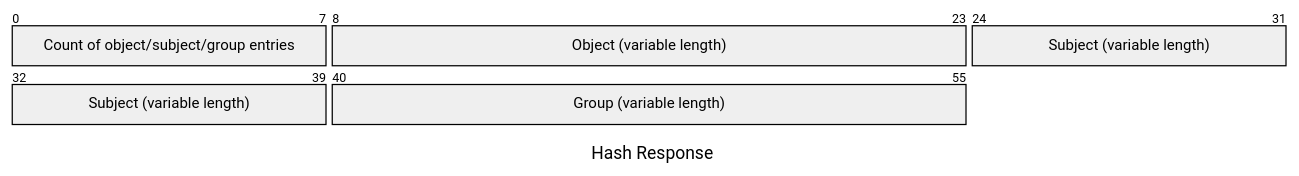
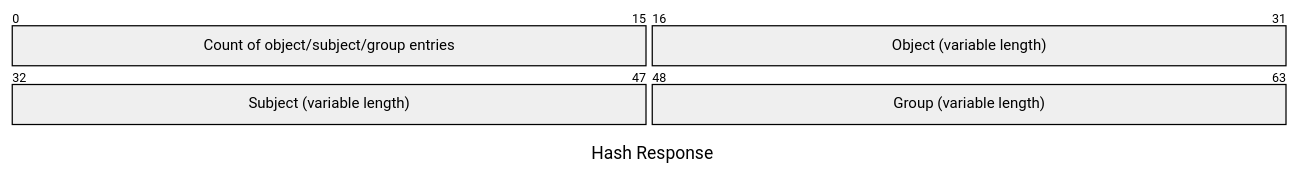
One commit to xmidt-org/hashy changed the third of 5 diagrams in README.md. Above: the diagram before and after it, drawn with Mermaid (neutral theme). The commit also changed other lines of this file, not shown here.

````diff
--- a/README.md
+++ b/README.md
@@ -103,10 +103,10 @@
 ```mermaid
 ---
 title: "Hash Response"
 ---
 packet
-+8: "Count of object/subject/group entries"
++16: "Count of object/subject/group entries"
 +16: "Object (variable length)"
 +16: "Subject (variable length)"
 +16: "Group (variable length)"
 ```
````
